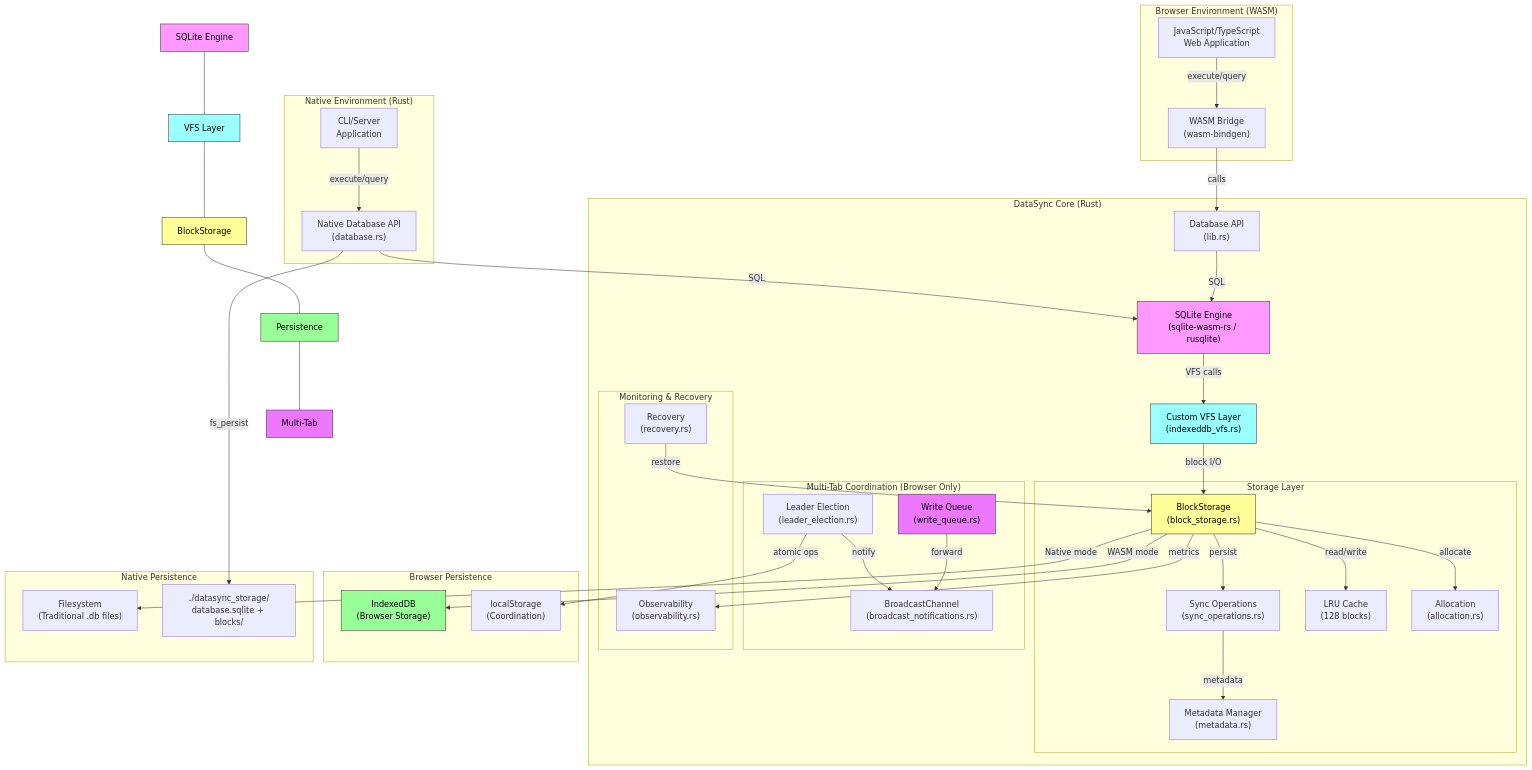
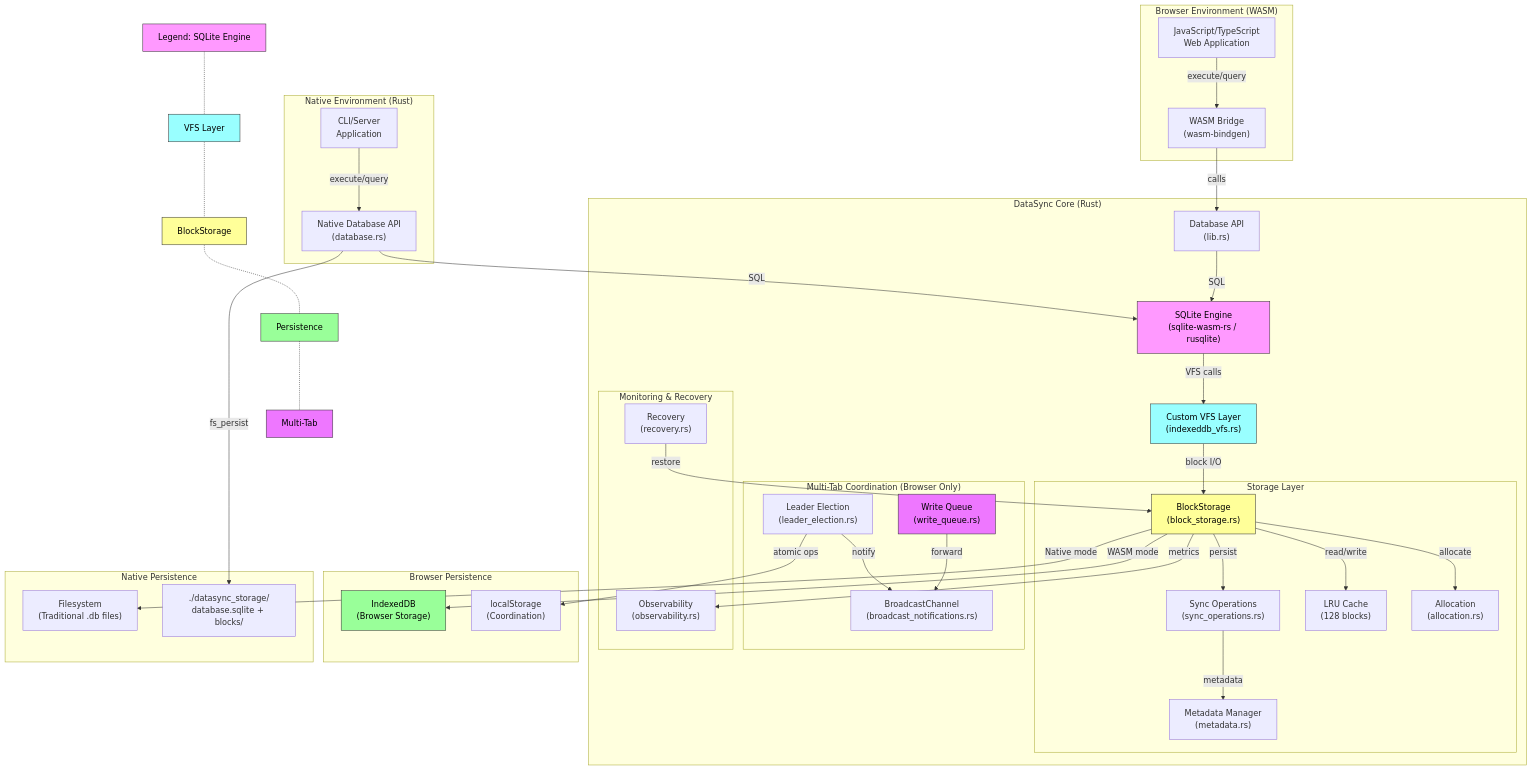
The diagram in README.md (npiesco/absurder-sql), drawn with Mermaid before and after one commit.

Commit message:
docs: Add legend as horizontal nodes in Mermaid diagram

````diff
--- a/README.md
+++ b/README.md
@@ -25,80 +25,80 @@
 ```mermaid
 graph TB
-    L1["SQLite Engine"] --- L2["VFS Layer"] --- L3["BlockStorage"] --- L4["Persistence"] --- L5["Multi-Tab"]
+    L1["Legend: SQLite Engine"] -.- L2["VFS Layer"] -.- L3["BlockStorage"] -.- L4["Persistence"] -.- L5["Multi-Tab"]
     
     subgraph "Browser Environment (WASM)"
         JS["JavaScript/TypeScript<br/>Web Application"]
         WASM["WASM Bridge<br/>(wasm-bindgen)"]
     end
     
     subgraph "Native Environment (Rust)"
         CLI["CLI/Server<br/>Application"]
         NATIVE_DB["Native Database API<br/>(database.rs)"]
     end
     
     subgraph "DataSync Core (Rust)"
         DB["Database API<br/>(lib.rs)"]
         SQLITE["SQLite Engine<br/>(sqlite-wasm-rs / rusqlite)"]
         VFS["Custom VFS Layer<br/>(indexeddb_vfs.rs)"]
         
         subgraph "Storage Layer"
             BS["BlockStorage<br/>(block_storage.rs)"]
             SYNC["Sync Operations<br/>(sync_operations.rs)"]
             META["Metadata Manager<br/>(metadata.rs)"]
             CACHE["LRU Cache<br/>(128 blocks)"]
             ALLOC["Allocation<br/>(allocation.rs)"]
         end
         
         subgraph "Multi-Tab Coordination (Browser Only)"
             LEADER["Leader Election<br/>(leader_election.rs)"]
             BCAST["BroadcastChannel<br/>(broadcast_notifications.rs)"]
             QUEUE["Write Queue<br/>(write_queue.rs)"]
         end
         
         subgraph "Monitoring & Recovery"
             OBS["Observability<br/>(observability.rs)"]
             RECOVERY["Recovery<br/>(recovery.rs)"]
         end
     end
     
     subgraph "Browser Persistence"
         INDEXEDDB["IndexedDB<br/>(Browser Storage)"]
         LOCALSTORAGE["localStorage<br/>(Coordination)"]
     end
     
     subgraph "Native Persistence"
         FILESYSTEM["Filesystem<br/>(Traditional .db files)"]
         BLOCKS["./datasync_storage/<br/>database.sqlite + blocks/"]
     end
     
     JS -->|execute/query| WASM
     WASM -->|calls| DB
     CLI -->|execute/query| NATIVE_DB
     NATIVE_DB -->|SQL| SQLITE
     DB -->|SQL| SQLITE
     SQLITE -->|VFS calls| VFS
     VFS -->|block I/O| BS
     BS -->|read/write| CACHE
     BS -->|allocate| ALLOC
     BS -->|persist| SYNC
     SYNC -->|metadata| META
     BS -->|"WASM mode"| INDEXEDDB
     BS -->|"Native mode"| FILESYSTEM
     NATIVE_DB -->|"fs_persist"| BLOCKS
     BS -->|metrics| OBS
     LEADER -->|atomic ops| LOCALSTORAGE
     LEADER -->|notify| BCAST
     QUEUE -->|forward| BCAST
     RECOVERY -->|restore| BS
     
     style SQLITE fill:#f9f,stroke:#333,color:#000
     style VFS fill:#9ff,stroke:#333,color:#000
     style BS fill:#ff9,stroke:#333,color:#000
     style INDEXEDDB fill:#9f9,stroke:#333,color:#000
     style QUEUE fill:#e7f,stroke:#333,color:#000
     style L1 fill:#f9f,stroke:#333,color:#000
     style L2 fill:#9ff,stroke:#333,color:#000
     style L3 fill:#ff9,stroke:#333,color:#000
     style L4 fill:#9f9,stroke:#333,color:#000
     style L5 fill:#e7f,stroke:#333,color:#000
 ```
````
